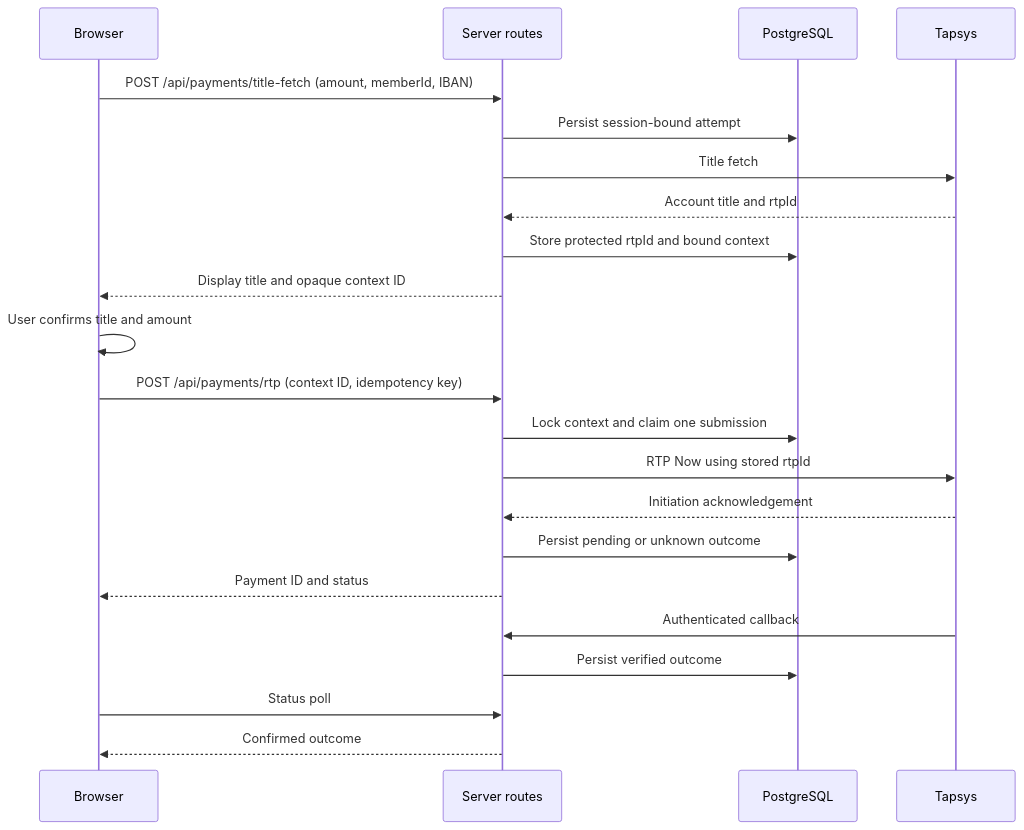
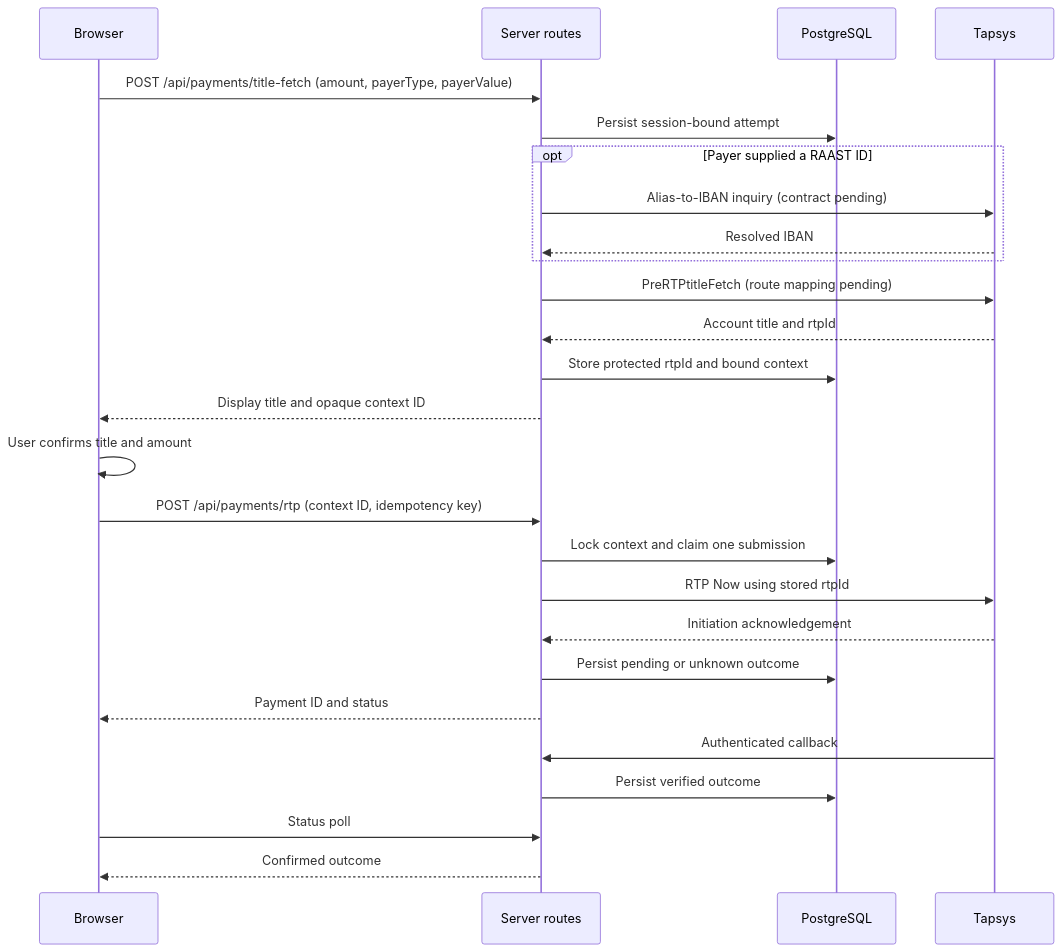
Before and after one commit to karimjindani/raast-ecommerce-demo: the fifth of 5 diagrams in docs/software-design.md, drawn with Mermaid. The commit also changed other lines of this file and 20 other files, not shown here.

Commit message:
Support simulated RTP lookup by Raast ID or Pakistan IBAN

````diff
--- a/docs/software-design.md
+++ b/docs/software-design.md
@@ -113,24 +140,28 @@
 ```mermaid
 sequenceDiagram
   participant B as Browser
   participant S as Server routes
   participant D as PostgreSQL
   participant T as Tapsys
-  B->>S: POST /api/payments/title-fetch (amount, memberId, IBAN)
+  B->>S: POST /api/payments/title-fetch (amount, payerType, payerValue)
   S->>D: Persist session-bound attempt
-  S->>T: Title fetch
+  opt Payer supplied a RAAST ID
+    S->>T: Alias-to-IBAN inquiry (contract pending)
+    T-->>S: Resolved IBAN
+  end
+  S->>T: PreRTPtitleFetch (route mapping pending)
   T-->>S: Account title and rtpId
   S->>D: Store protected rtpId and bound context
   S-->>B: Display title and opaque context ID
   B->>B: User confirms title and amount
   B->>S: POST /api/payments/rtp (context ID, idempotency key)
   S->>D: Lock context and claim one submission
   S->>T: RTP Now using stored rtpId
   T-->>S: Initiation acknowledgement
   S->>D: Persist pending or unknown outcome
   S-->>B: Payment ID and status
   T->>S: Authenticated callback
   S->>D: Persist verified outcome
   B->>S: Status poll
   S-->>B: Confirmed outcome
 ```
````
